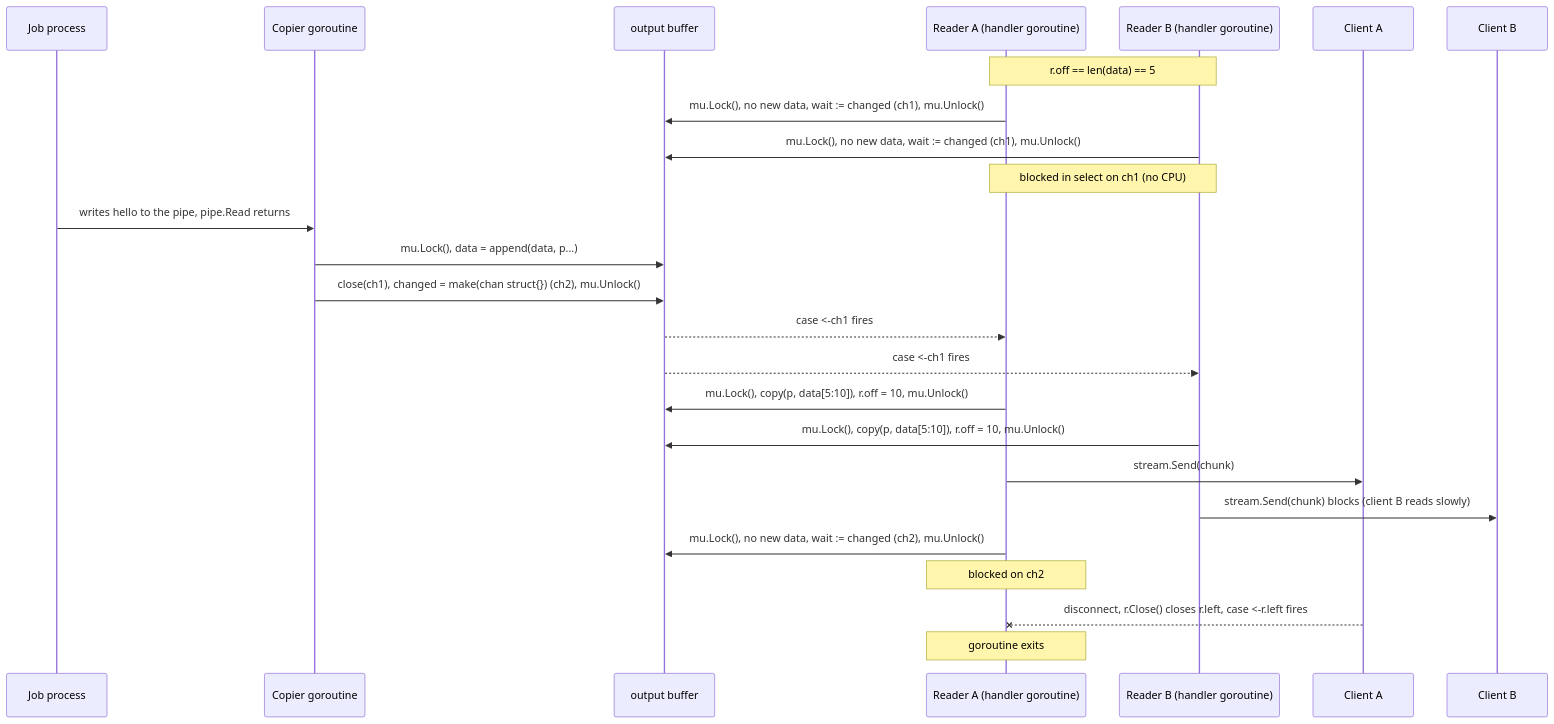
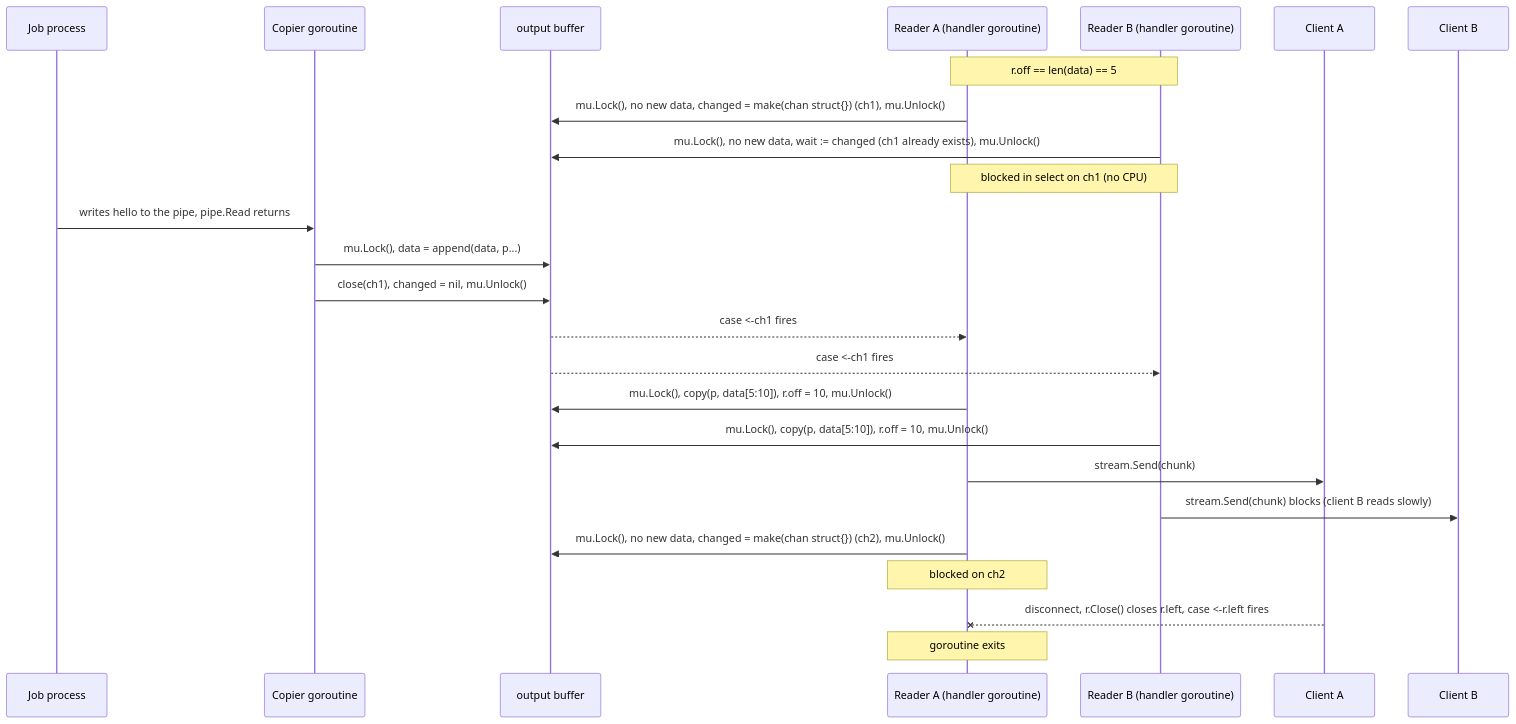
Before and after one commit to jimmytsang/api_linux_jimmy: the second of 2 diagrams in docs/design.md, drawn with Mermaid. The commit also changed other lines of this file, not shown here.

````diff
--- a/docs/design.md
+++ b/docs/design.md
@@ -148,28 +154,28 @@
 ```mermaid
 sequenceDiagram
     participant P as Job process
     participant C as Copier goroutine
     participant Buf as output buffer
     participant A as Reader A (handler goroutine)
     participant B as Reader B (handler goroutine)
     participant CA as Client A
     participant CB as Client B
 
     Note over A,B: r.off == len(data) == 5
-    A ->> Buf: mu.Lock(), no new data, wait := changed (ch1), mu.Unlock()
-    B ->> Buf: mu.Lock(), no new data, wait := changed (ch1), mu.Unlock()
+    A ->> Buf: mu.Lock(), no new data, changed = make(chan struct{}) (ch1), mu.Unlock()
+    B ->> Buf: mu.Lock(), no new data, wait := changed (ch1 already exists), mu.Unlock()
     Note over A,B: blocked in select on ch1 (no CPU)
     P ->> C: writes hello to the pipe, pipe.Read returns
     C ->> Buf: mu.Lock(), data = append(data, p...)
-    C ->> Buf: close(ch1), changed = make(chan struct{}) (ch2), mu.Unlock()
+    C ->> Buf: close(ch1), changed = nil, mu.Unlock()
     Buf -->> A: case <-ch1 fires
     Buf -->> B: case <-ch1 fires
     A ->> Buf: mu.Lock(), copy(p, data[5:10]), r.off = 10, mu.Unlock()
     B ->> Buf: mu.Lock(), copy(p, data[5:10]), r.off = 10, mu.Unlock()
     A ->> CA: stream.Send(chunk)
     B ->> CB: stream.Send(chunk) blocks (client B reads slowly)
-    A ->> Buf: mu.Lock(), no new data, wait := changed (ch2), mu.Unlock()
+    A ->> Buf: mu.Lock(), no new data, changed = make(chan struct{}) (ch2), mu.Unlock()
     Note over A: blocked on ch2
     CA --x A: disconnect, r.Close() closes r.left, case <-r.left fires
     Note over A: goroutine exits
 ```
````
